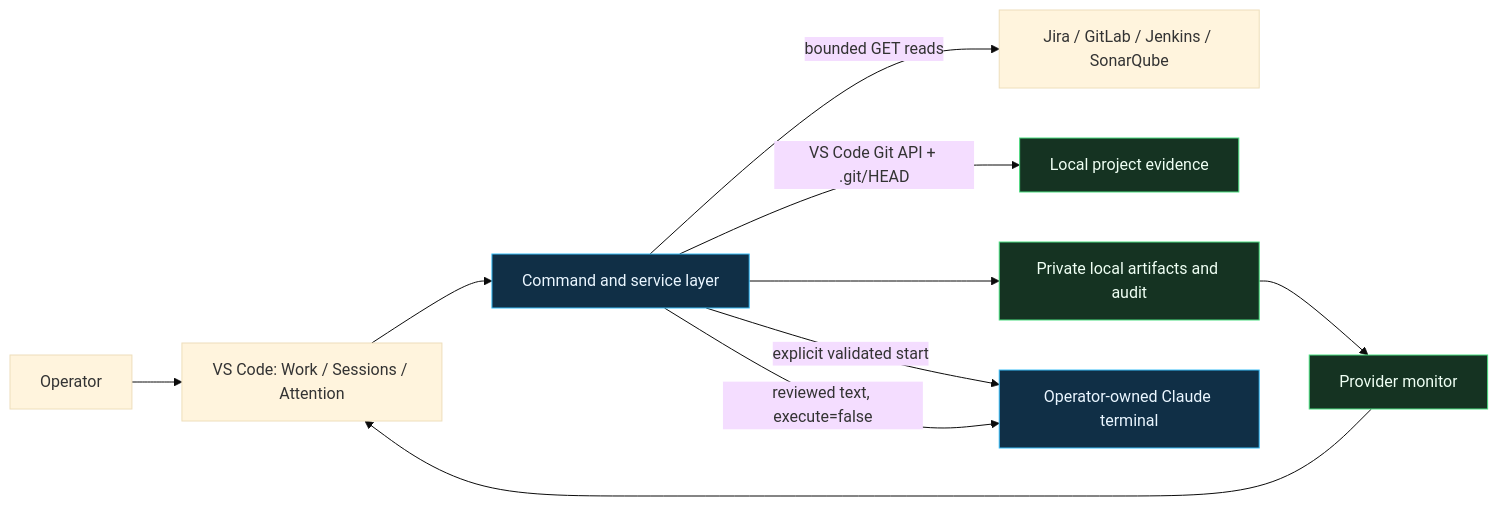
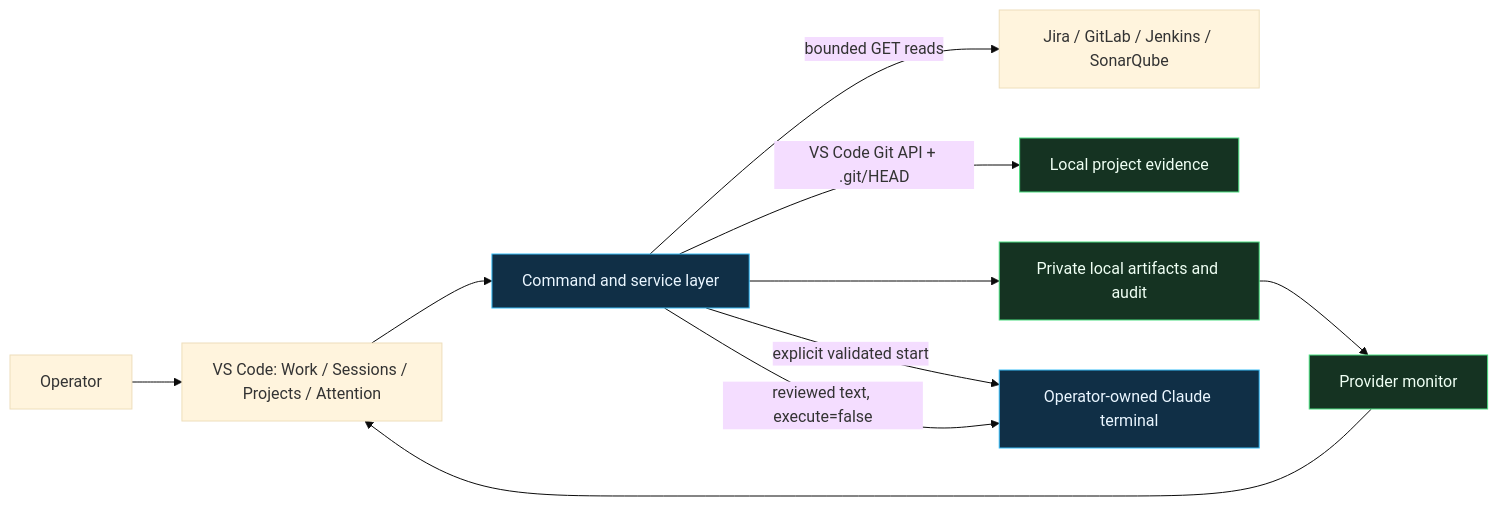
The diagram in README.md (jmac4909/Kronos), drawn with Mermaid (base theme) before and after one commit. The commit also changed other lines of this file and 15 other files, not shown here.

````diff
--- a/README.md
+++ b/README.md
@@ -70,19 +71,19 @@
 ```mermaid
 flowchart LR
-    O[Operator] --> UI[VS Code: Work / Sessions / Attention]
+    O[Operator] --> UI[VS Code: Work / Sessions / Projects / Attention]
     UI --> C[Command and service layer]
 
     C -->|bounded GET reads| P[Jira / GitLab / Jenkins / SonarQube]
     C -->|VS Code Git API + .git/HEAD| G[Local project evidence]
     C --> S[Private local artifacts and audit]
     S --> M[Provider monitor]
     M --> UI
 
     C -->|explicit validated start| T[Operator-owned Claude terminal]
     C -->|reviewed text, execute=false| T
 
     classDef boundary fill:#102f46,stroke:#38bdf8,color:#eaf6ff;
     classDef local fill:#153322,stroke:#4ade80,color:#effff4;
     class C,T boundary;
     class G,S,M local;
 ```
````
